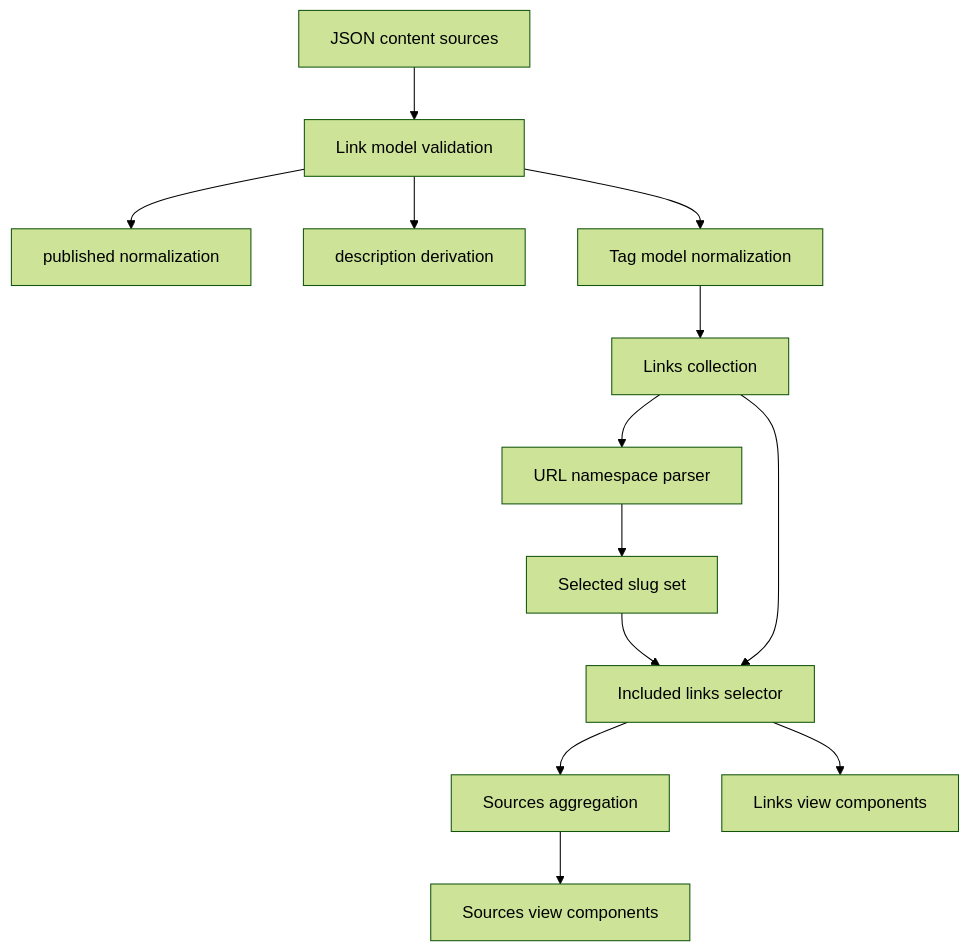
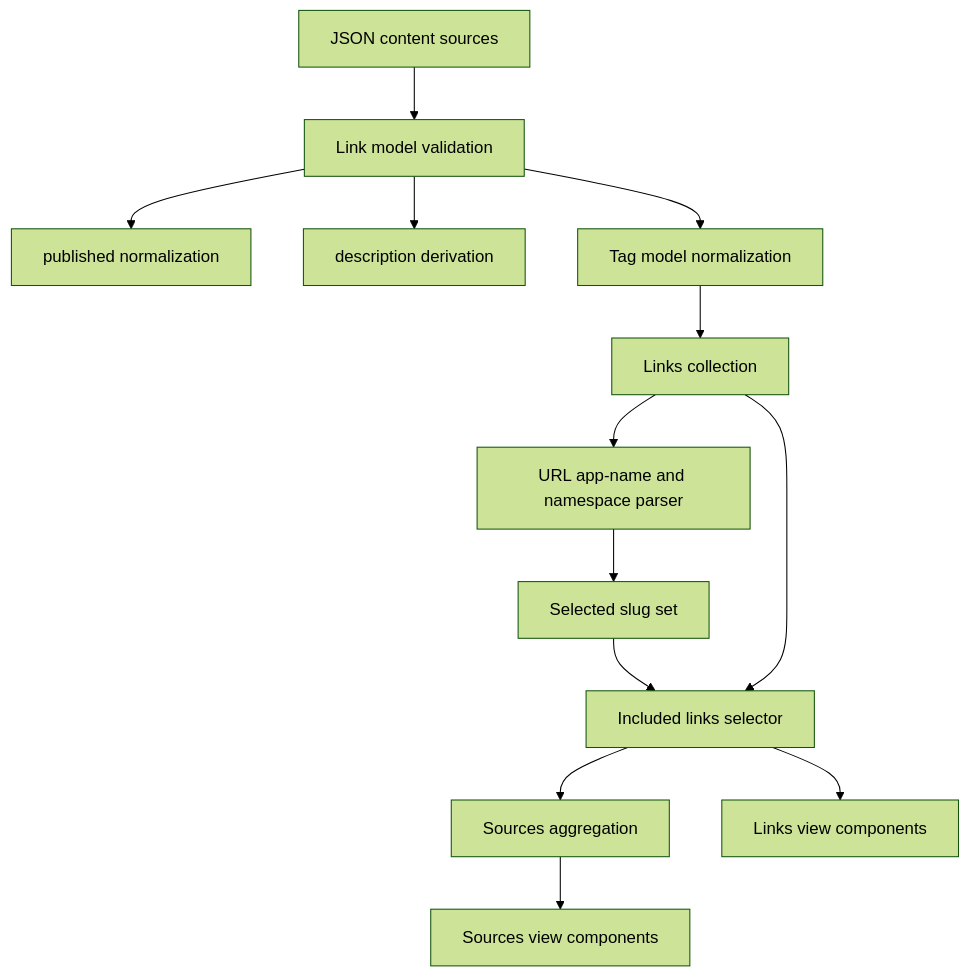
Before and after one commit to johnpfeiffer/links-app: the first of 2 diagrams in SPEC/implementation-plan.md, drawn with Mermaid (forest theme). The commit also changed other lines of this file and 10 other files, not shown here.

````diff
--- a/SPEC/implementation-plan.md
+++ b/SPEC/implementation-plan.md
@@ -44,15 +46,15 @@
 ```mermaid
 flowchart TD
   A["JSON content sources"] --> B["Link model validation"]
   B --> C["published normalization"]
   B --> D["description derivation"]
   B --> E["Tag model normalization"]
   E --> F["Links collection"]
-  F --> G["URL namespace parser"]
+  F --> G["URL app-name and namespace parser"]
   G --> H["Selected slug set"]
   H --> I["Included links selector"]
   F --> I
   I --> J["Sources aggregation"]
   I --> K["Links view components"]
   J --> L["Sources view components"]
 ```
````
